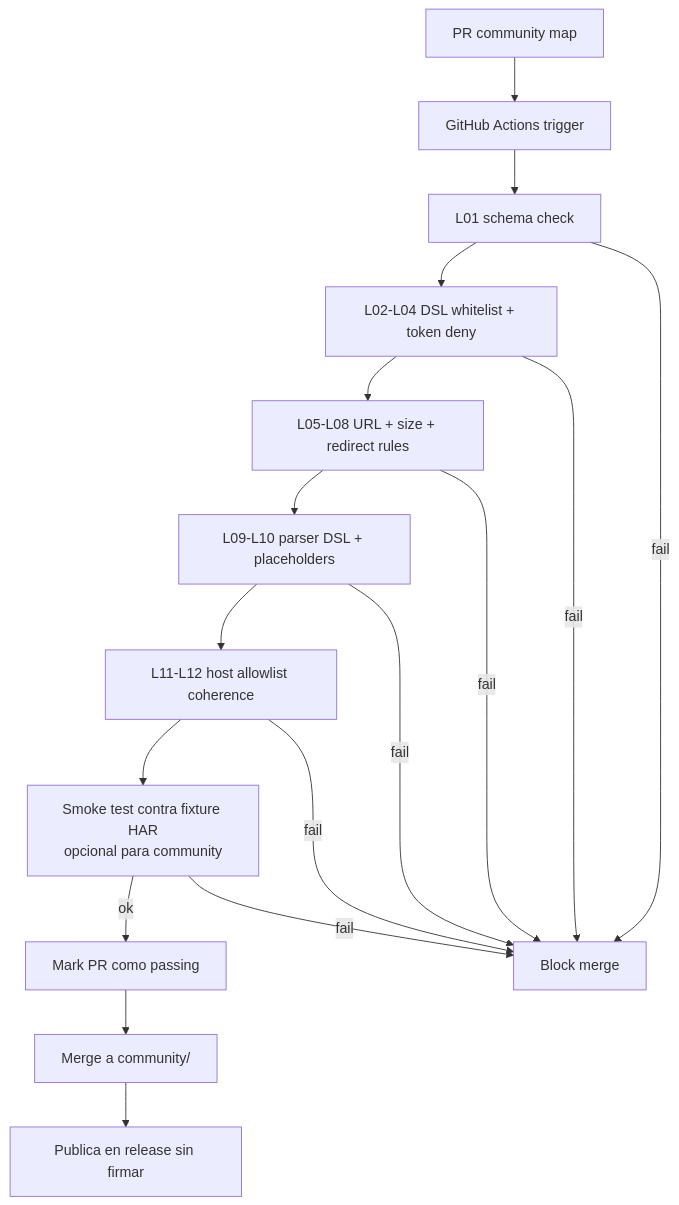
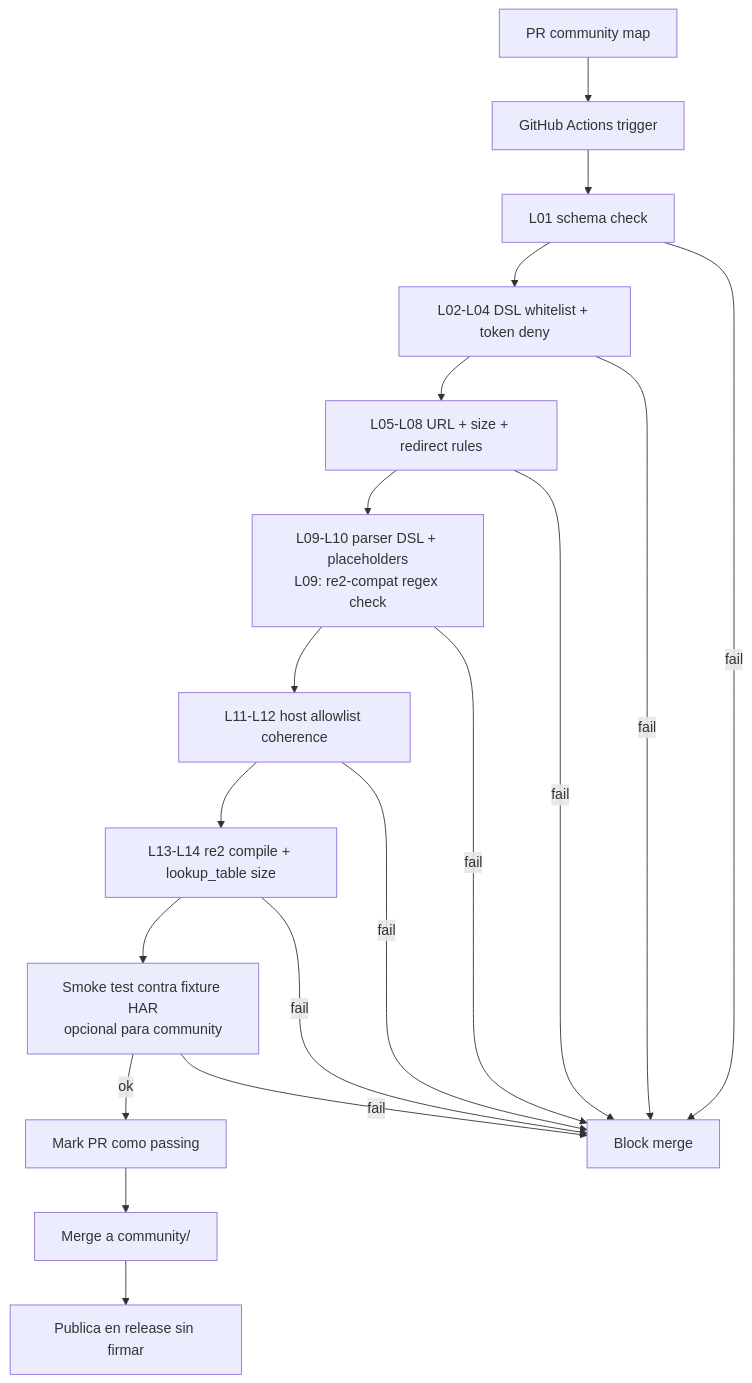
The first of 2 diagrams in docs/04-security/community-maps.md (miketela/open-banca), drawn with Mermaid before and after one commit. The commit also changed other lines of this file and 2 other files, not shown here.

Commit message:
docs(p0-4): parser DSL hardening — re2, defusedxml, budgets
Resolves P0-4 from security audit (docs/reviews/02-security-opus.md):
- New ADR-0007 Amendment: migrates extract_regex to re2 backend (CWE-1333),
  wraps openpyxl with defusedxml + size/zip-ratio caps (CVE-2017-5992 / CWE-400),
  defines hard resource budgets per helper.
- parser.md: new Hardening/DSL Safety section with re2 requirement, per-helper
  budget table, Excel ingestion guards, linter L13/L14 rules, CVE/CWE refs.
- community-maps.md: L09 updated to require re2-compat validation; L13/L14
  added (14 total rules); CI pipeline flowchart extended.

NOTE for agent-prd: REQ-007 in prd.txt needs update to mention re2 + defusedxml.

````diff
--- a/docs/04-security/community-maps.md
+++ b/docs/04-security/community-maps.md
@@ -43,19 +45,21 @@
 ```mermaid
 flowchart TD
     pr[PR community map] --> ci[GitHub Actions trigger]
     ci --> schema[L01 schema check]
     schema --> dsl[L02-L04 DSL whitelist + token deny]
     dsl --> urls[L05-L08 URL + size + redirect rules]
-    urls --> parser[L09-L10 parser DSL + placeholders]
+    urls --> parser[L09-L10 parser DSL + placeholders\nL09: re2-compat regex check]
     parser --> hosts[L11-L12 host allowlist coherence]
-    hosts --> smoke[Smoke test contra fixture HAR<br/>opcional para community]
+    hosts --> dslharden[L13-L14 re2 compile + lookup_table size]
+    dslharden --> smoke[Smoke test contra fixture HAR<br/>opcional para community]
     smoke -- ok --> approve[Mark PR como passing]
     smoke -- fail --> reject[Block merge]
     schema -- fail --> reject
     dsl -- fail --> reject
     urls -- fail --> reject
     parser -- fail --> reject
     hosts -- fail --> reject
+    dslharden -- fail --> reject
     approve --> merge[Merge a community/]
     merge --> publish[Publica en release sin firmar]
 ```
````
